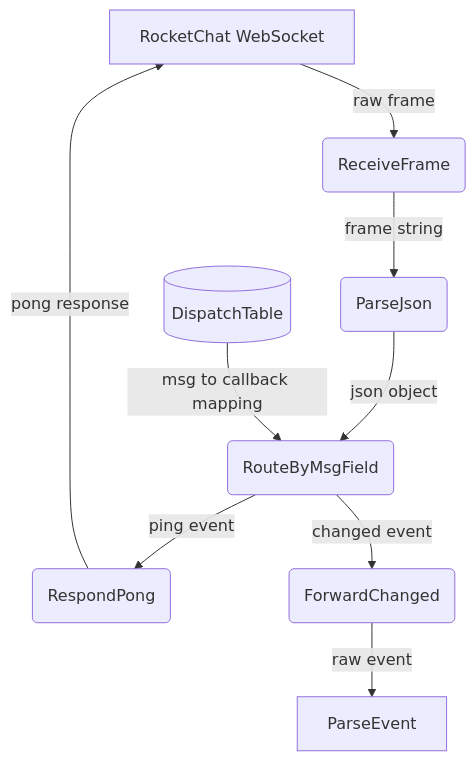
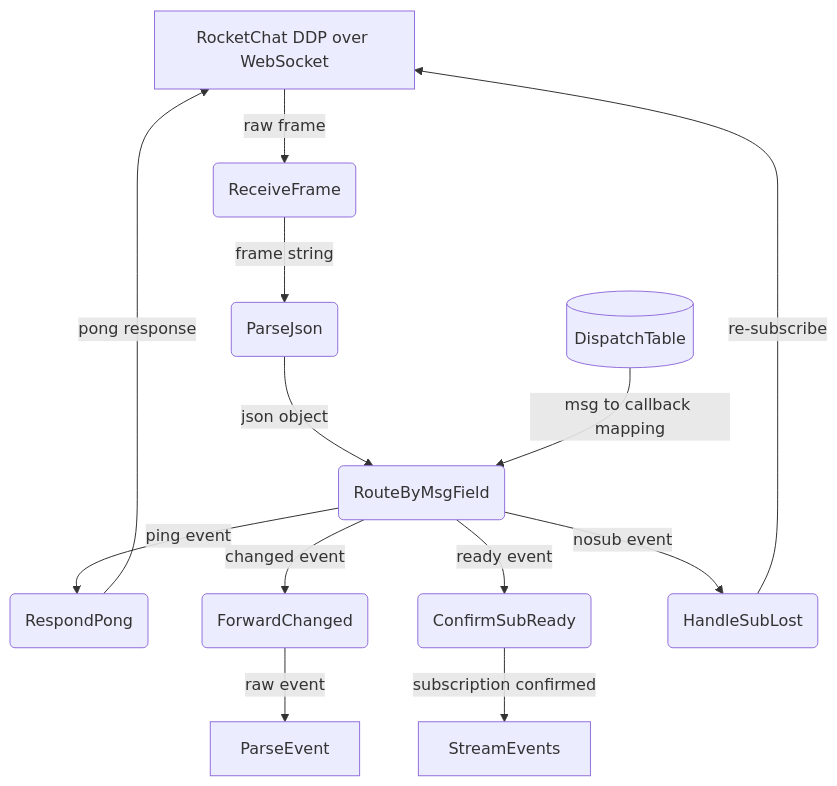
One commit to cosmoswafer/rockbot changed the fourth of 5 diagrams in _dfds/rocketchat.md. Above: the diagram before and after it, drawn with Mermaid. The commit also changed other lines of this file, not shown here.

Commit message:
fix(dfd): correct DDP protocol details and document known gaps in rocketchat DFD

````diff
--- a/_dfds/rocketchat.md
+++ b/_dfds/rocketchat.md
@@ -107,19 +115,25 @@
 ```mermaid
 flowchart TD
-    WS[RocketChat WebSocket]
+    WS[RocketChat DDP over WebSocket]
     RECV(ReceiveFrame)
     PARSE(ParseJson)
     ROUTE(RouteByMsgField)
     CMD[(DispatchTable)]
     PONG(RespondPong)
     FORWARD(ForwardChanged)
+    ACK_READY(ConfirmSubReady)
+    ACK_NOSUB(HandleSubLost)
 
     WS -->|"raw frame"| RECV
     RECV -->|"frame string"| PARSE
     PARSE -->|"json object"| ROUTE
     CMD -->|"msg to callback mapping"| ROUTE
     ROUTE -->|"ping event"| PONG
     PONG -->|"pong response"| WS
     ROUTE -->|"changed event"| FORWARD
     FORWARD -->|"raw event"| PARSE_PROC[ParseEvent]
+    ROUTE -->|"ready event"| ACK_READY
+    ACK_READY -->|"subscription confirmed"| STREAM_PROC[StreamEvents]
+    ROUTE -->|"nosub event"| ACK_NOSUB
+    ACK_NOSUB -->|"re-subscribe"| WS
 ```
````
